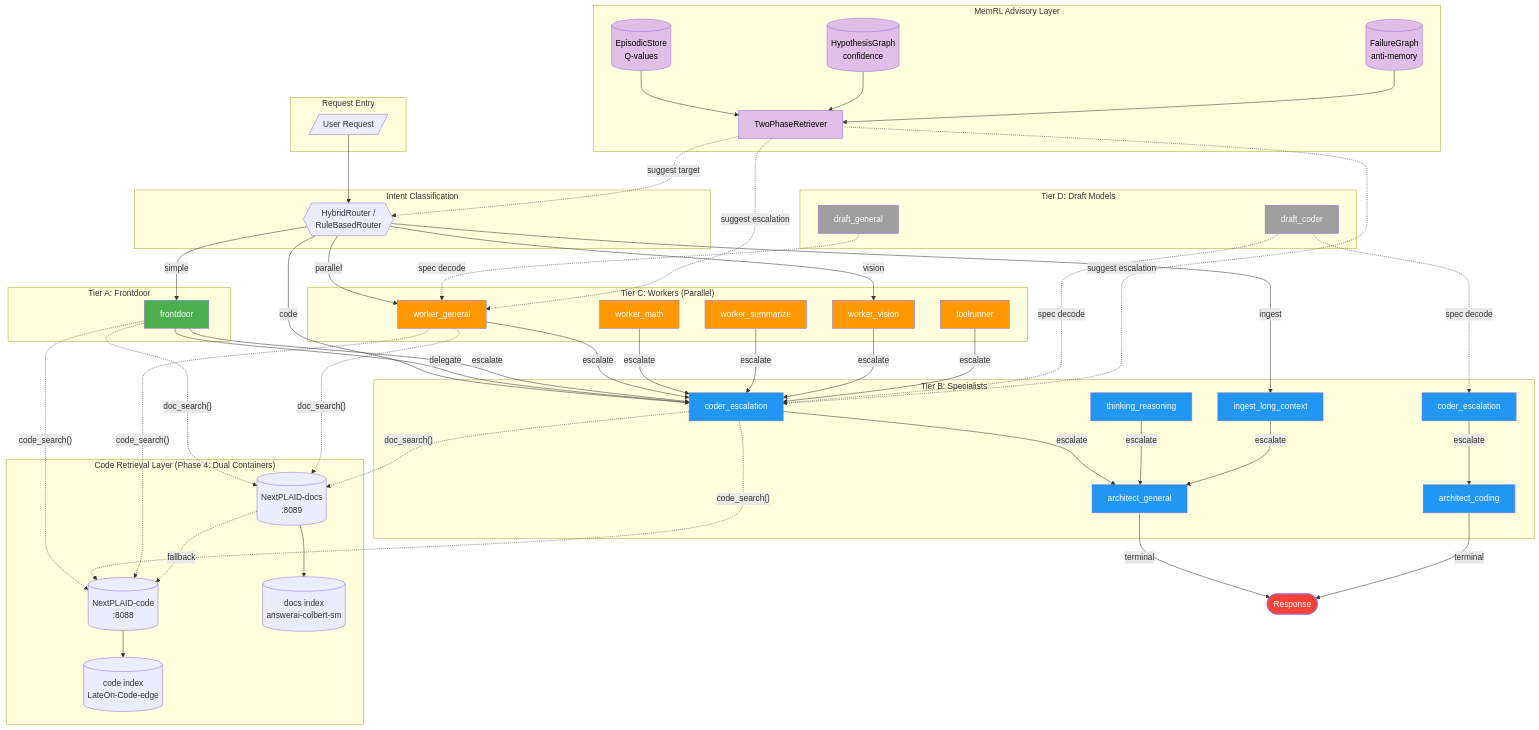
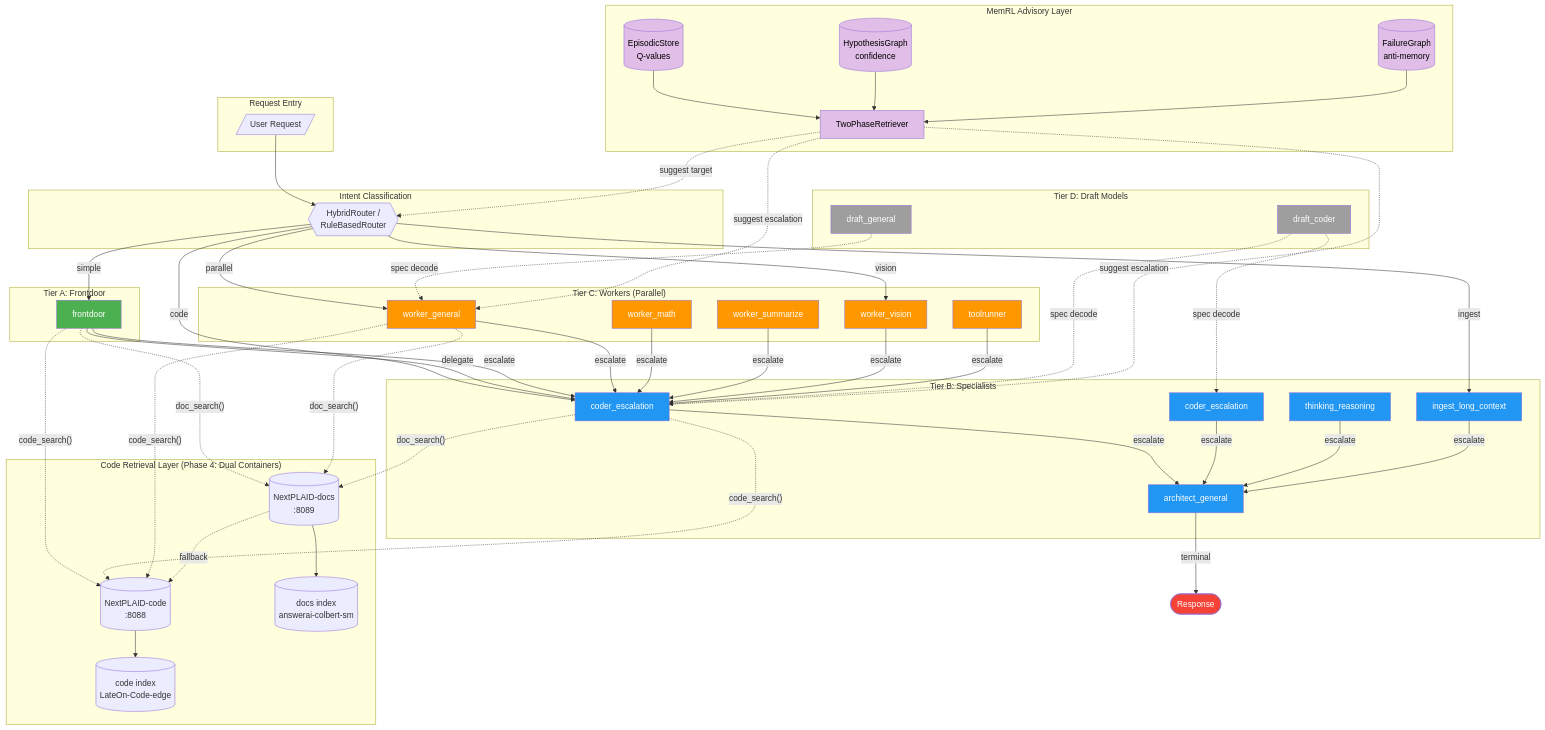
One commit to pestopoppa/epyc-orchestrator changed the first of 4 diagrams in docs/diagrams/orchestration_topology.md. Above: the diagram before and after it, drawn with Mermaid. The commit also changed other lines of this file and 1 other file, not shown here.

```diff
--- a/docs/diagrams/orchestration_topology.md
+++ b/docs/diagrams/orchestration_topology.md
@@ -33,7 +33,6 @@
         ILC[ingest_long_context]
         THR[thinking_reasoning]
         AG[architect_general]
-        AC[architect_coding]
     end
 
     subgraph TierD["Tier D: Draft Models"]
@@ -76,7 +75,7 @@
 
     %% Coder escalation
     CP -->|"escalate"| AG
-    CE -->|"escalate"| AC
+    CE -->|"escalate"| AG
     THR -->|"escalate"| AG
 
     %% Ingest escalation (direct to architect)
@@ -84,7 +83,6 @@
 
     %% Architects are terminal (no escalation)
     AG -->|"terminal"| END([Response])
-    AC -->|"terminal"| END
 
     %% Draft models support spec decode (not escalation)
     DC -.->|"spec decode"| CP
@@ -119,7 +117,7 @@
     classDef terminal fill:#F44336,color:white
 
     class FD tierA
-    class CP,CE,ILC,THR,AG,AC tierB
+    class CP,CE,ILC,THR,AG tierB
     class WG,WM,WS,WV,TR tierC
     class DC,DG tierD
     class EP,HG,FG,TPR memrl
```
